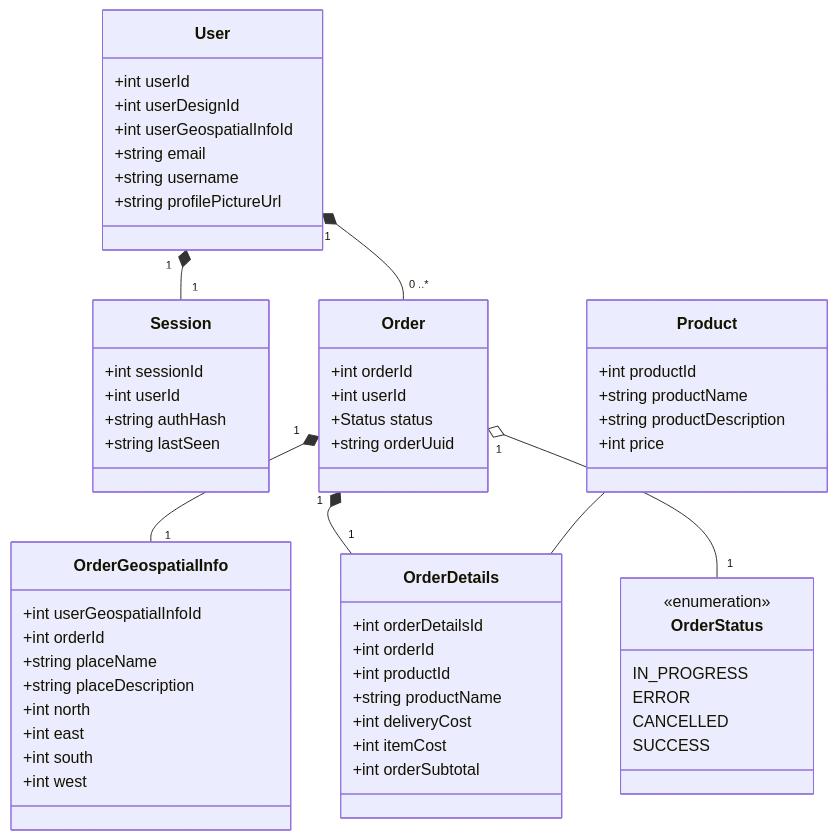
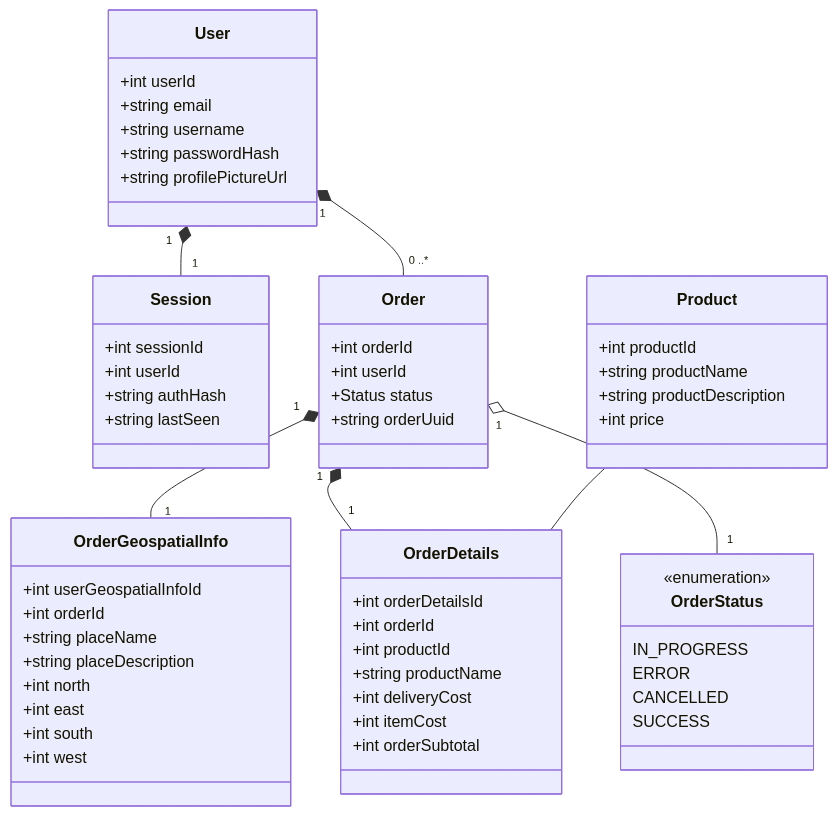
One commit to Devkeystuff/humboldt changed the diagram in docs/models/class.md. Above: the diagram before and after it, drawn with Mermaid. The commit also changed 39 other files, not shown here.

````diff
--- a/docs/models/class.md
+++ b/docs/models/class.md
@@ -1,70 +1,69 @@
 ```mermaid
 classDiagram
     class User {
         +int userId
-        +int userDesignId
-        +int userGeospatialInfoId
         +string email
         +string username
+        +string passwordHash
         +string profilePictureUrl
     }
 
     class Session {
         +int sessionId
         +int userId
         +string authHash
         +string lastSeen
     }
 
     class OrderGeospatialInfo {
         +int userGeospatialInfoId
         +int orderId
         +string placeName
         +string placeDescription
         +int north
         +int east
         +int south
         +int west
     }
 
     class Order {
         +int orderId
         +int userId
         +Status status
         +string orderUuid
     }
 
     class OrderDetails {
         +int orderDetailsId
         +int orderId
         +int productId
         +string productName
         +int deliveryCost
         +int itemCost
         +int orderSubtotal
     }
 
     class OrderStatus {
         <<enumeration>>
         IN_PROGRESS
         ERROR
         CANCELLED
         SUCCESS
     }
 
     class Product {
         +int productId
         +string productName
         +string productDescription
         +int price
     }
 
     User "1" *-- "0 ..*" Order
     Order "1" *-- "1" OrderGeospatialInfo
     User "1" *-- "1" Session
     Order "1" *-- "1" OrderDetails
     Order "1" o-- "1" OrderStatus
 
     Product -- OrderDetails
 
 ```
````
